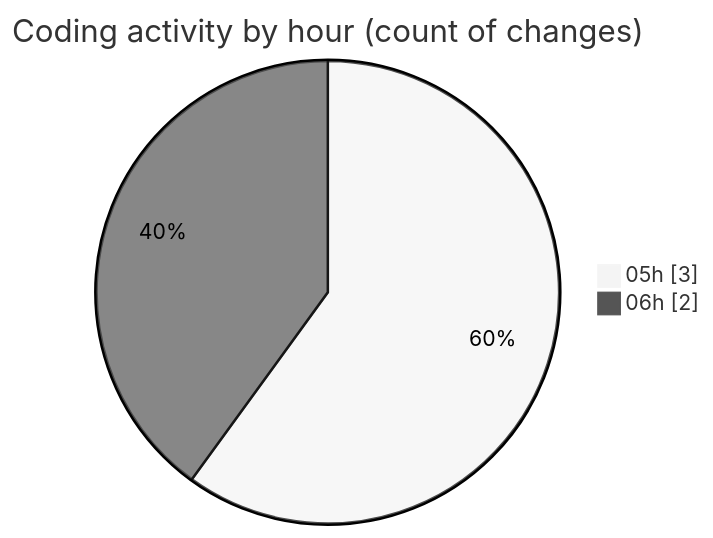
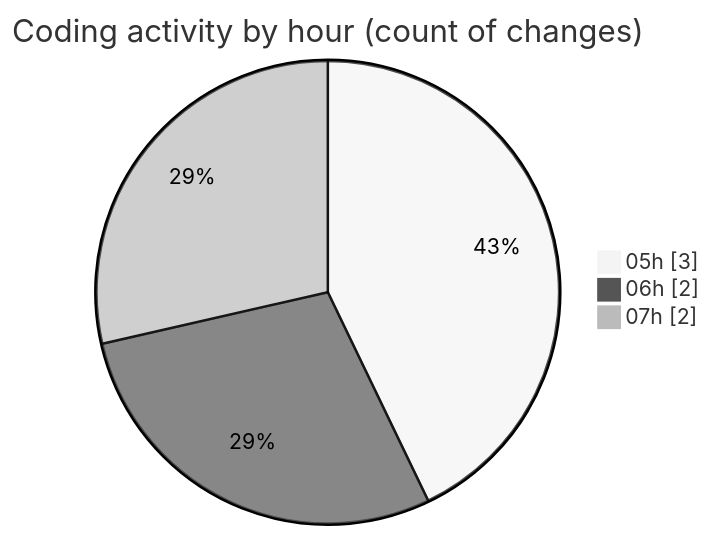
One commit to vahidmafi/code-tracking changed the second of 2 diagrams in 2025-12-29/shop/README.md. Above: the diagram before and after it, drawn with Mermaid (neutral theme). The commit also changed other lines of this file and 1 other file, not shown here.

````diff
--- a/2025-12-29/shop/README.md
+++ b/2025-12-29/shop/README.md
@@ -30,6 +30,7 @@
 ```mermaid
 pie showData
 title Coding activity by hour (count of changes)
 "05h" : 3
 "06h" : 2
+"07h" : 2
 ```
````
